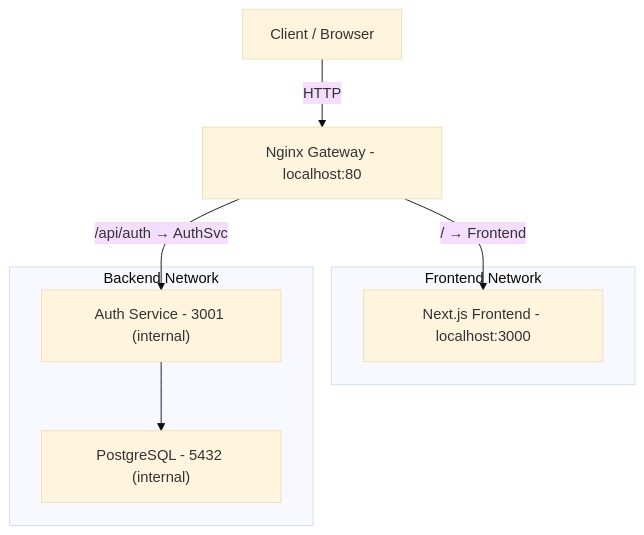
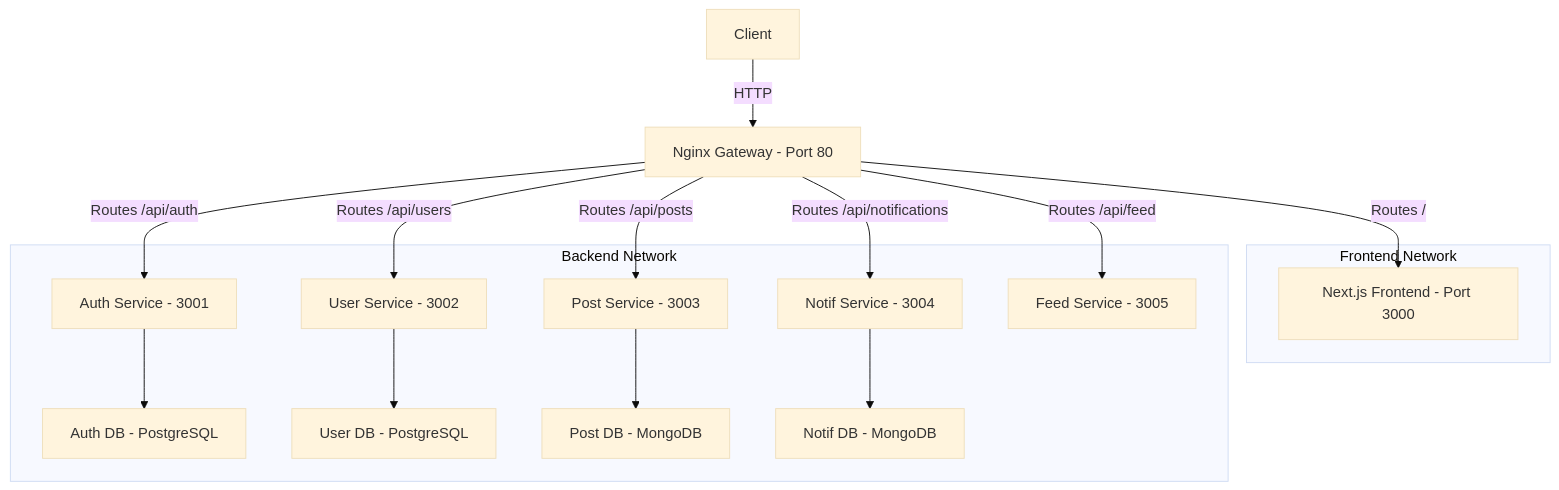
Before and after one commit to louisdrouhin/breezy-scoial-network: the diagram in README.md, drawn with Mermaid (base theme). The commit also changed other lines of this file and 4 other files, not shown here.

````diff
--- a/README.md
+++ b/README.md
@@ -102,21 +103,36 @@
 ```mermaid
 graph TB
-  Client["Client / Browser"]
+  Client["Client"]
 
-  Nginx["Nginx Gateway - localhost:80"]
+  Nginx["Nginx Gateway - Port 80"]
 
   subgraph frontend["Frontend Network"]
-      Frontend["Next.js Frontend - localhost:3000"]
+      Frontend["Next.js Frontend - Port 3000"]
   end
 
   subgraph backend["Backend Network"]
-      AuthSvc["Auth Service - 3001 (internal)"]
-      AuthDB["PostgreSQL - 5432 (internal)"]
+      AuthSvc["Auth Service - 3001"]
+      UserSvc["User Service - 3002"]
+      PostSvc["Post Service - 3003"]
+      NotifSvc["Notif Service - 3004"]
+      FeedSvc["Feed Service - 3005"]
+
+      AuthDB["Auth DB - PostgreSQL"]
+      UserDB["User DB - PostgreSQL"]
+      PostDB["Post DB - MongoDB"]
+      NotifDB["Notif DB - MongoDB"]
   end
 
   Client -->|HTTP| Nginx
-  Nginx -->|/ → Frontend| Frontend
-  Nginx -->|/api/auth → AuthSvc| AuthSvc
+  Nginx -->|Routes /| Frontend
+  Nginx -->|Routes /api/auth| AuthSvc
+  Nginx -->|Routes /api/users| UserSvc
+  Nginx -->|Routes /api/posts| PostSvc
+  Nginx -->|Routes /api/notifications| NotifSvc
+  Nginx -->|Routes /api/feed| FeedSvc
 
   AuthSvc --> AuthDB
+  UserSvc --> UserDB
+  PostSvc --> PostDB
+  NotifSvc --> NotifDB
 ```
````
